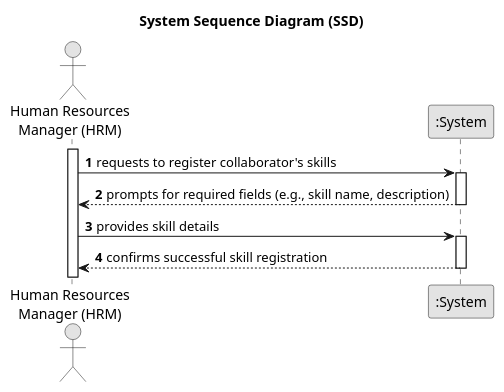
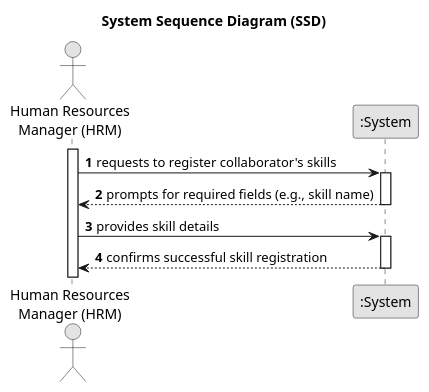
Before and after one commit to Departamento-de-Engenharia-Informatica/greenspace-management: the diagram in docs/sprintA/us001/01.requirements-engineering/puml/us01-system-sequence-diagram.puml, drawn with PlantUML. The commit also changed 2 other files, not shown here.

```diff
--- a/docs/sprintA/us001/01.requirements-engineering/puml/us01-system-sequence-diagram.puml
+++ b/docs/sprintA/us001/01.requirements-engineering/puml/us01-system-sequence-diagram.puml
@@ -1,27 +1,27 @@
 @startuml
 skinparam monochrome true
 skinparam packageStyle rectangle
 skinparam shadowing false
 
 title System Sequence Diagram (SSD)
 
 autonumber
 
 actor "Human Resources\nManager (HRM)" as HRM
 participant ":System" as System
 
 activate HRM
 
     HRM -> System : requests to register collaborator's skills
     activate System
 
-        System --> HRM : prompts for required fields (e.g., skill name, description)
+        System --> HRM : prompts for required fields (e.g., skill name)
     deactivate System
 
     HRM -> System : provides skill details
     activate System
 
         System --> HRM : confirms successful skill registration
     deactivate System
 
 @enduml
```
